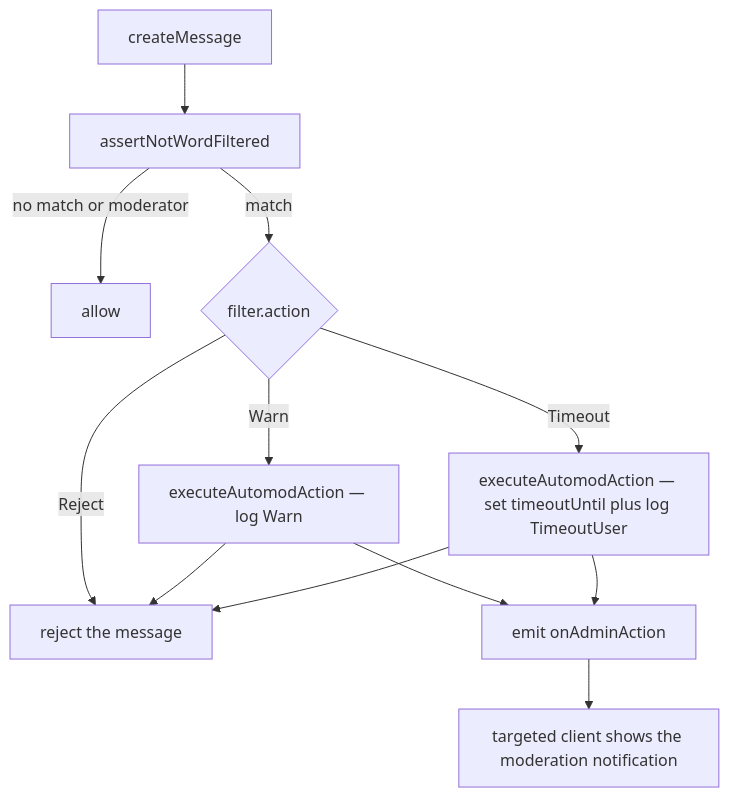
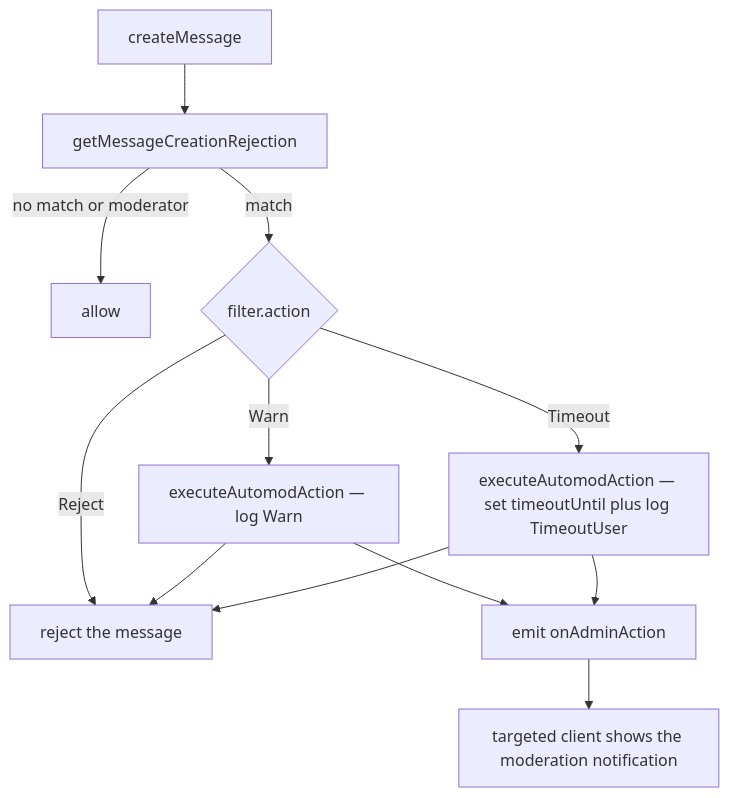
Before and after one commit to Esposter/Esposter: the diagram in packages/app/content/docs/esbabbler/automod-actions.md, drawn with Mermaid. The commit also changed other lines of this file and 44 other files, not shown here.

````diff
--- a/packages/app/content/docs/esbabbler/automod-actions.md
+++ b/packages/app/content/docs/esbabbler/automod-actions.md
@@ -14,14 +14,14 @@
 ```mermaid
 flowchart TD
-  CM["createMessage"] --> WF["assertNotWordFiltered"]
+  CM["createMessage"] --> WF["getMessageCreationRejection"]
   WF -->|no match or moderator| OK["allow"]
   WF -->|match| A{"filter.action"}
   A -->|Reject| ERR["reject the message"]
   A -->|Warn| W["executeAutomodAction — log Warn"]
   A -->|Timeout| T["executeAutomodAction — set timeoutUntil plus log TimeoutUser"]
   W --> EM["emit onAdminAction"]
   T --> EM
   W --> ERR
   T --> ERR
   EM --> C["targeted client shows the moderation notification"]
 ```
````
